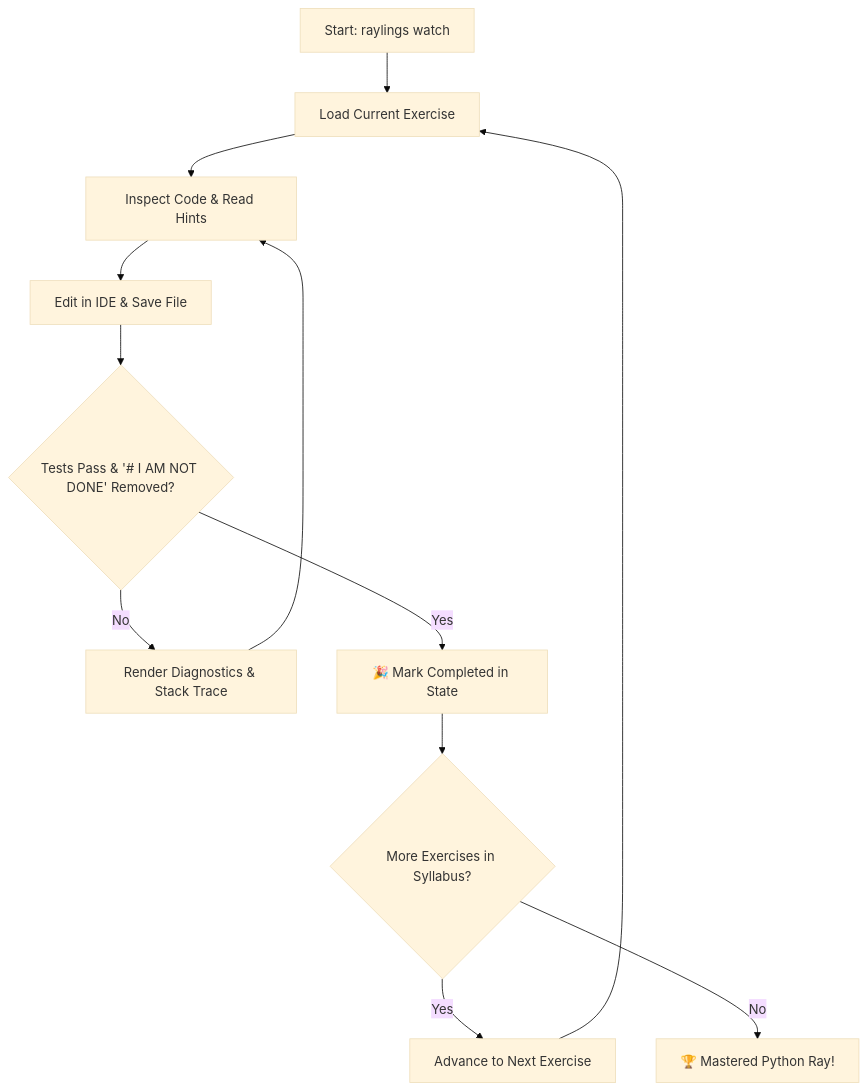
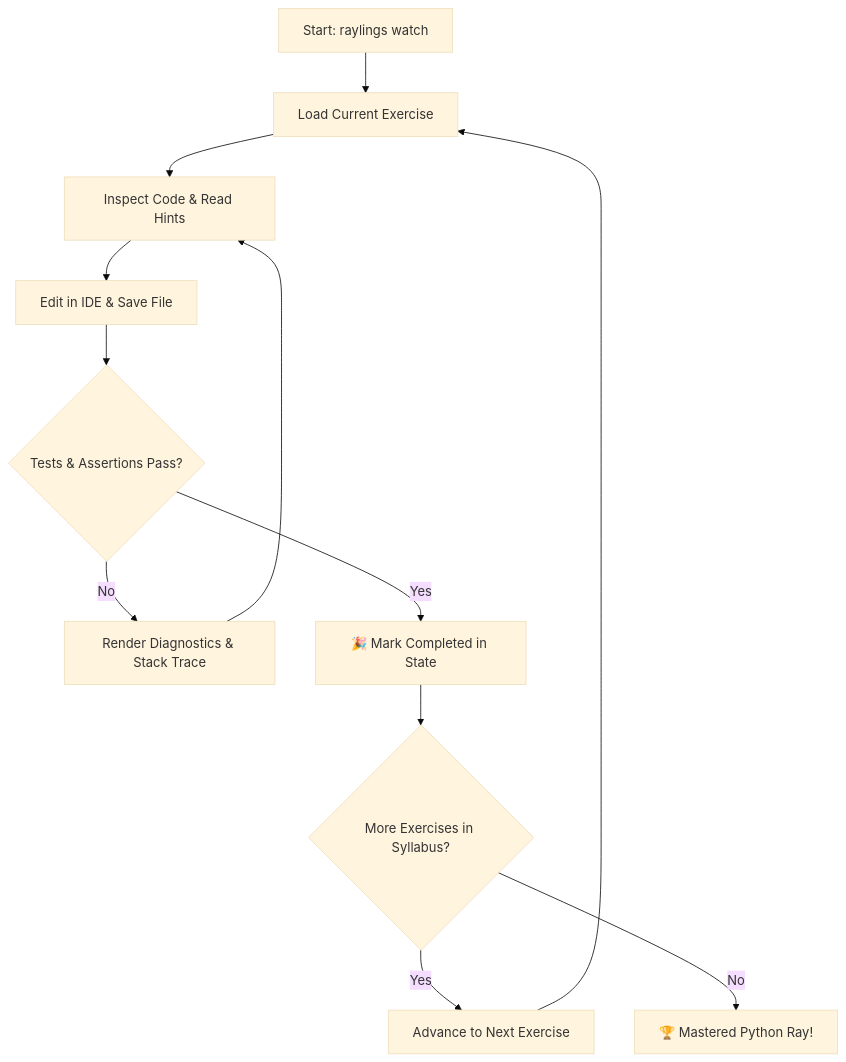
Before and after one commit to dnf0/raylings: the diagram in docs/index.md, drawn with Mermaid (base theme). The commit also changed 101 other files, not shown here.

Commit message:
refactor(curriculum): remove legacy I AM NOT DONE marker across exercises, runner, vscode extension, and docs (#23)

````diff
--- a/docs/index.md
+++ b/docs/index.md
@@ -140,14 +140,14 @@
 ```mermaid
 flowchart TD
     A[Start: raylings watch] --> B[Load Current Exercise]
     B --> C[Inspect Code & Read Hints]
     C --> D[Edit in IDE & Save File]
-    D --> E{Tests Pass & '# I AM NOT DONE' Removed?}
+    D --> E{Tests & Assertions Pass?}
     E -- No --> F[Render Diagnostics & Stack Trace]
     F --> C
     E -- Yes --> G[🎉 Mark Completed in State]
     G --> H{More Exercises in Syllabus?}
     H -- Yes --> I[Advance to Next Exercise]
     I --> B
     H -- No --> J[🏆 Mastered Python Ray!]
 ```
````
